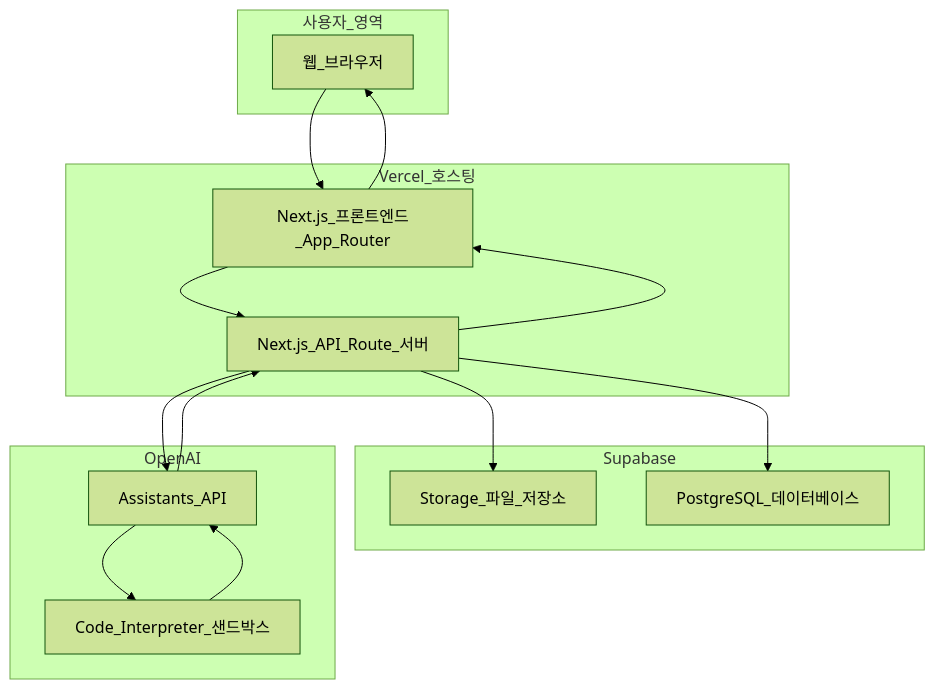
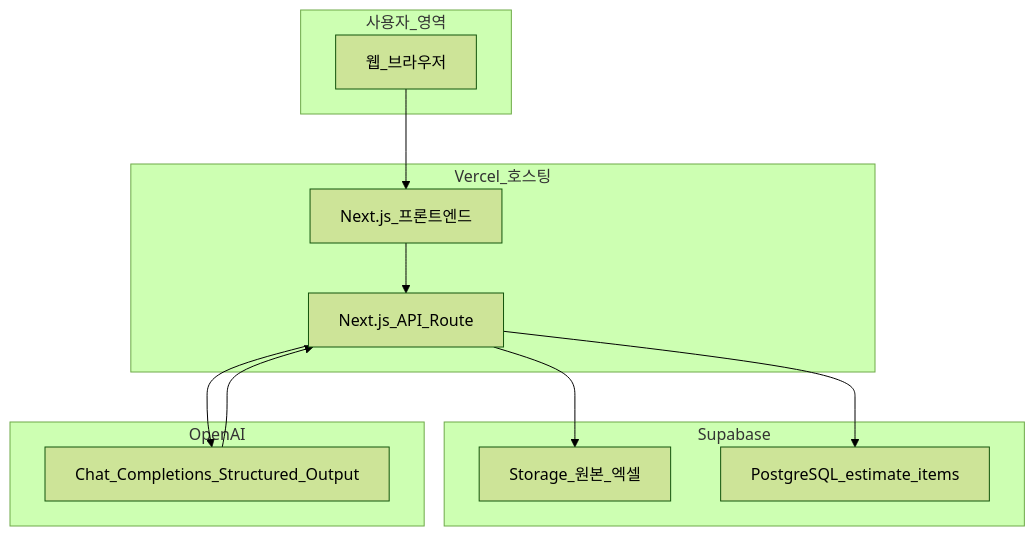
The first of 2 diagrams in docs/01_system_architecture.md (DevCoreDXI76/excel-analysis), drawn with Mermaid (forest theme) before and after one commit. The commit also changed other lines of this file and 41 other files, not shown here.

First line of the commit message:
feat: v2 Structured Output parsing, table CRUD, export, and meeting room fields

````diff
--- a/docs/01_system_architecture.md
+++ b/docs/01_system_architecture.md
@@ -63,32 +66,27 @@
 ```mermaid
 flowchart TB
   subgraph client [사용자_영역]
     Browser[웹_브라우저]
   end
 
   subgraph vercel [Vercel_호스팅]
-    NextUI[Next.js_프론트엔드_App_Router]
-    NextAPI[Next.js_API_Route_서버]
+    NextUI[Next.js_프론트엔드]
+    NextAPI[Next.js_API_Route]
   end
 
   subgraph supabase [Supabase]
-    Storage[Storage_파일_저장소]
-    DB[PostgreSQL_데이터베이스]
+    Storage[Storage_원본_엑셀]
+    DB[PostgreSQL_estimate_items]
   end
 
   subgraph openai [OpenAI]
-    Assistant[Assistants_API]
-    CodeInterp[Code_Interpreter_샌드박스]
+    ChatAPI[Chat_Completions_Structured_Output]
   end
 
   Browser --> NextUI
   NextUI --> NextAPI
   NextAPI --> Storage
   NextAPI --> DB
-  NextAPI --> Assistant
-  Assistant --> CodeInterp
-  CodeInterp --> Assistant
-  Assistant --> NextAPI
-  NextAPI --> NextUI
-  NextUI --> Browser
+  NextAPI --> ChatAPI
+  ChatAPI --> NextAPI
 ```
````
